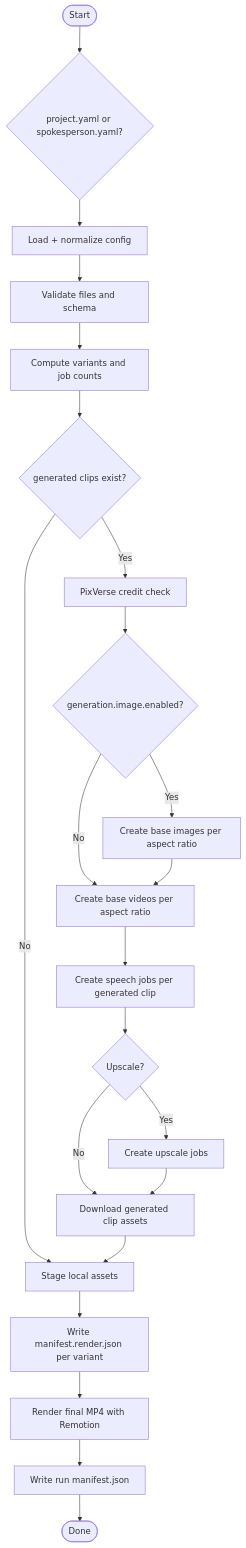
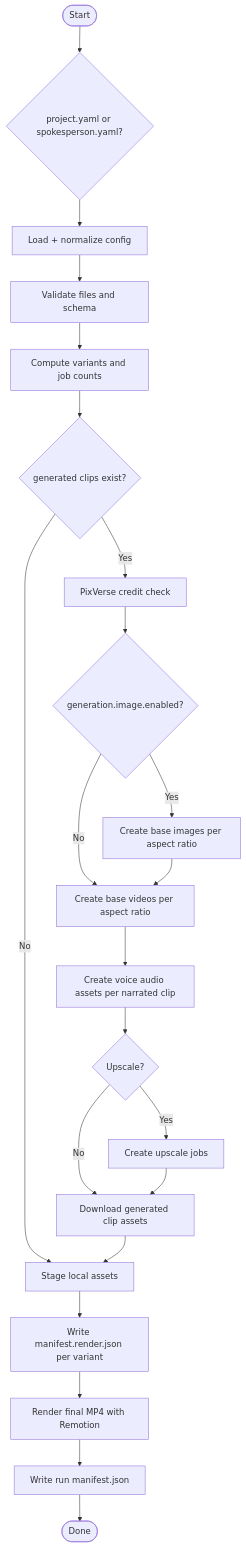
One commit to Takamasa045/pixverse-character-pipeline changed the diagram in references/pipeline-diagram.md. Above: the diagram before and after it, drawn with Mermaid. The commit also changed other lines of this file and 38 other files, not shown here.

````diff
--- a/references/pipeline-diagram.md
+++ b/references/pipeline-diagram.md
@@ -5,24 +5,24 @@
 ```mermaid
 flowchart TD
     Start([Start]) --> InputCheck{"project.yaml or spokesperson.yaml?"}
     InputCheck --> Normalize[Load + normalize config]
     Normalize --> Validate[Validate files and schema]
     Validate --> Plan[Compute variants and job counts]
     Plan --> Credit{"generated clips exist?"}
     Credit -->|No| Stage[Stage local assets]
     Credit -->|Yes| CreditCheck[PixVerse credit check]
     CreditCheck --> BaseImage{"generation.image.enabled?"}
     BaseImage -->|Yes| CreateImage[Create base images per aspect ratio]
     BaseImage -->|No| Base[Create base videos per aspect ratio]
     CreateImage --> Base
-    Base --> Speech[Create speech jobs per generated clip]
-    Speech --> Post{Upscale?}
+    Base --> Voice[Create voice audio assets per narrated clip]
+    Voice --> Post{Upscale?}
     Post -->|Yes| Upscale[Create upscale jobs]
     Post -->|No| Download[Download generated clip assets]
     Upscale --> Download[Download generated clip assets]
     Download --> Stage
     Stage --> RenderManifest[Write manifest.render.json per variant]
     RenderManifest --> Render[Render final MP4 with Remotion]
     Render --> RunManifest[Write run manifest.json]
     RunManifest --> Done([Done])
 ```
````
